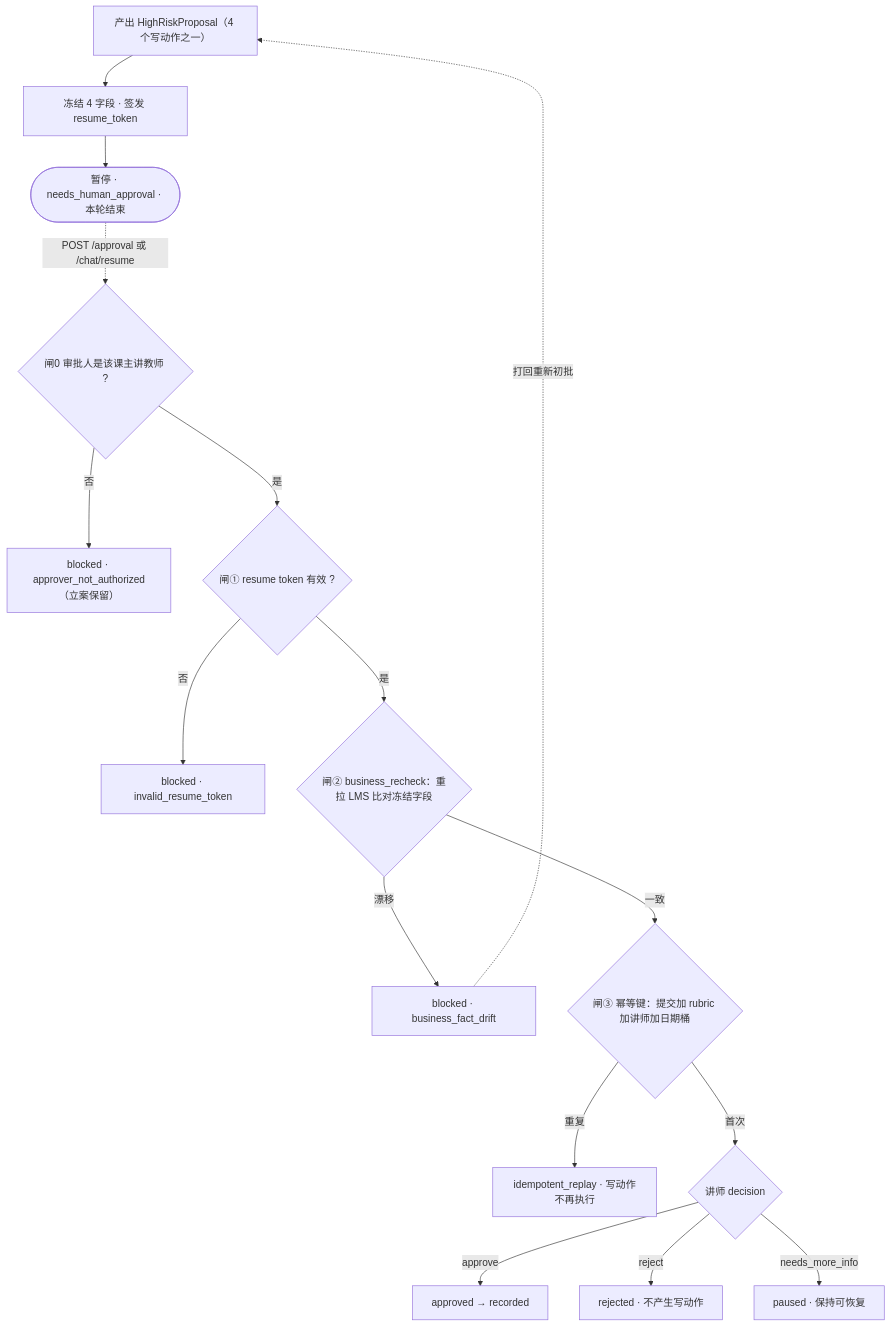
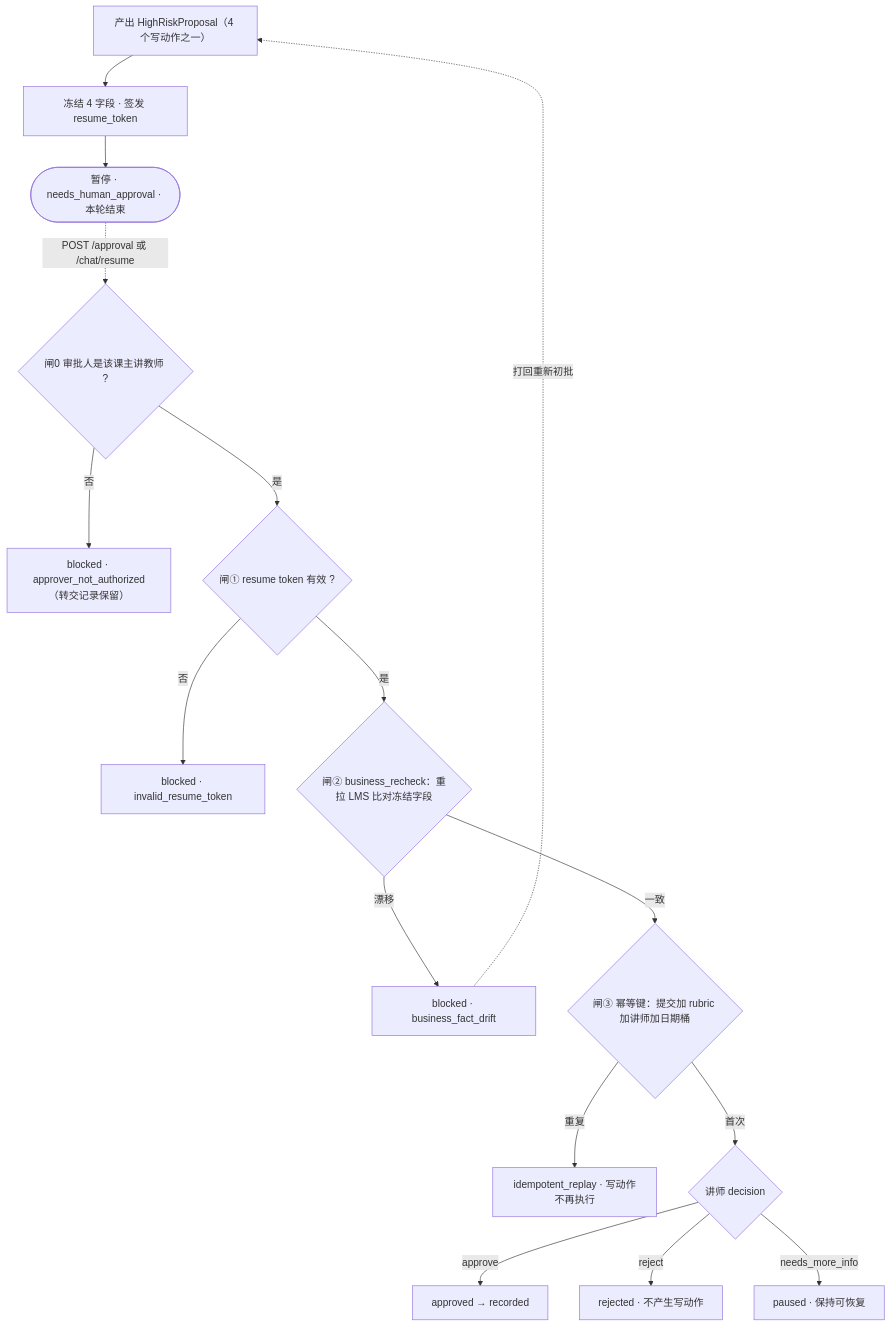
One commit to erictrainnlpinxihu/Grader-agent changed the fifth of 5 diagrams in docs/agent.md. Above: the diagram before and after it, drawn with Mermaid. The commit also changed other lines of this file and 19 other files, not shown here.

````diff
--- a/docs/agent.md
+++ b/docs/agent.md
@@ -318,18 +318,18 @@
 ```mermaid
 flowchart TD
     A["产出 HighRiskProposal（4 个写动作之一）"] --> F["冻结 4 字段 · 签发 resume_token"]
     F --> WAIT(["暂停 · needs_human_approval · 本轮结束"])
     WAIT -. "POST /approval 或 /chat/resume" .-> G0{"闸0 审批人是该课主讲教师 ?"}
-    G0 -->|否| B0["blocked · approver_not_authorized（立案保留）"]
+    G0 -->|否| B0["blocked · approver_not_authorized（转交记录保留）"]
     G0 -->|是| G1{"闸① resume token 有效 ?"}
     G1 -->|否| B1["blocked · invalid_resume_token"]
     G1 -->|是| G2{"闸② business_recheck：重拉 LMS 比对冻结字段"}
     G2 -->|漂移| B2["blocked · business_fact_drift"]
     G2 -->|一致| G3{"闸③ 幂等键：提交加 rubric 加讲师加日期桶"}
     G3 -->|重复| B3["idempotent_replay · 写动作不再执行"]
     G3 -->|首次| DEC{"讲师 decision"}
     DEC -->|approve| REC["approved → recorded"]
     DEC -->|reject| REJ["rejected · 不产生写动作"]
     DEC -->|needs_more_info| PS["paused · 保持可恢复"]
     B2 -. 打回重新初批 .-> A
 ```
````
